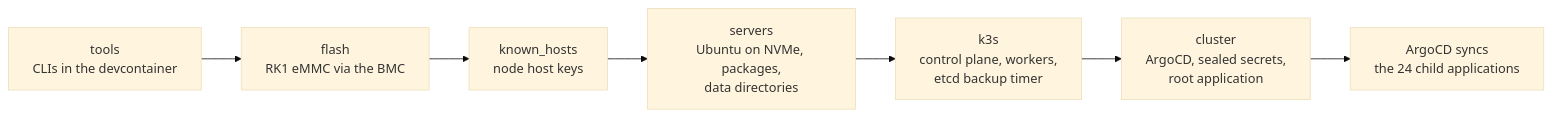
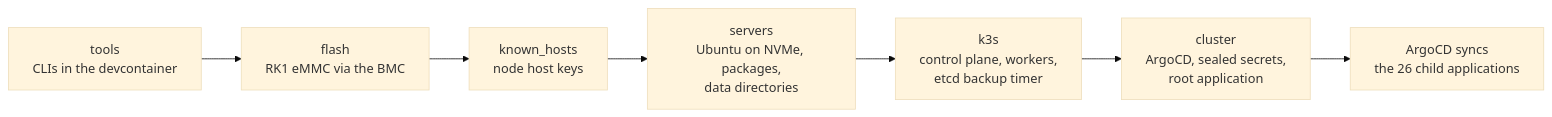
One commit to gilesknap/tpi-k3s-ansible changed the diagram in docs/tutorials/build-the-cluster.md. Above: the diagram before and after it, drawn with Mermaid (base theme). The commit also changed other lines of this file and 38 other files, not shown here.

````diff
--- a/docs/tutorials/build-the-cluster.md
+++ b/docs/tutorials/build-the-cluster.md
@@ -231,9 +230,9 @@
 ```mermaid
 flowchart LR
     tools["tools<br/>CLIs in the devcontainer"] --> flash["flash<br/>RK1 eMMC via the BMC"]
     flash --> kh["known_hosts<br/>node host keys"]
     kh --> servers["servers<br/>Ubuntu on NVMe, packages,<br/>data directories"]
     servers --> k3s["k3s<br/>control plane, workers,<br/>etcd backup timer"]
     k3s --> cluster["cluster<br/>ArgoCD, sealed secrets,<br/>root application"]
-    cluster --> argo["ArgoCD syncs<br/>the 24 child applications"]
+    cluster --> argo["ArgoCD syncs<br/>the 26 child applications"]
 ```
````
